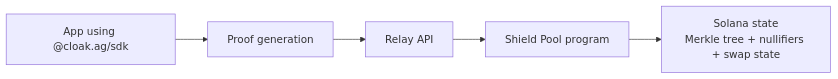
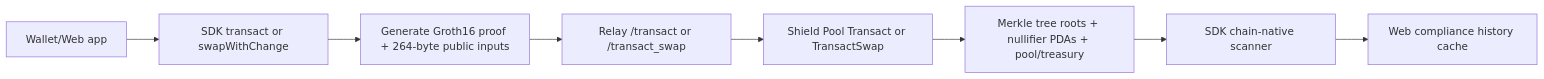
One commit to cloak-ag/docs changed the diagram in protocol/architecture.mdx. Above: the diagram before and after it, drawn with Mermaid. The commit also changed other lines of this file and 30 other files, not shown here.

First line of the commit message:
docs: add chain-native viewing circuit upgrade and privacy enhancement documentation

````diff
--- a/protocol/architecture.mdx
+++ b/protocol/architecture.mdx
@@ -15,7 +17,10 @@
 ```mermaid
 flowchart LR
-  A[App using @cloak.ag/sdk] --> B[Proof generation]
-  B --> C[Relay API]
-  C --> D[Shield Pool program]
-  D --> E[Solana state\nMerkle tree + nullifiers + swap state]
+  A[Wallet/Web app] --> B[SDK transact or swapWithChange]
+  B --> C[Generate Groth16 proof + 264-byte public inputs]
+  C --> D[Relay /transact or /transact_swap]
+  D --> E[Shield Pool Transact or TransactSwap]
+  E --> F[Merkle tree roots + nullifier PDAs + pool/treasury]
+  F --> G[SDK chain-native scanner]
+  G --> H[Web compliance history cache]
 ```
````
